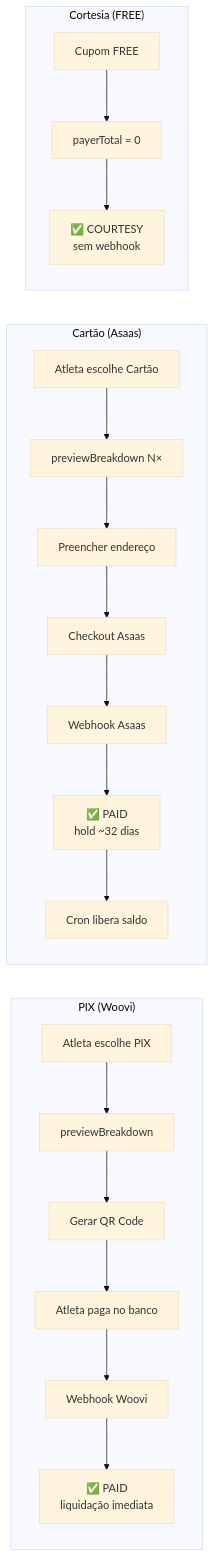
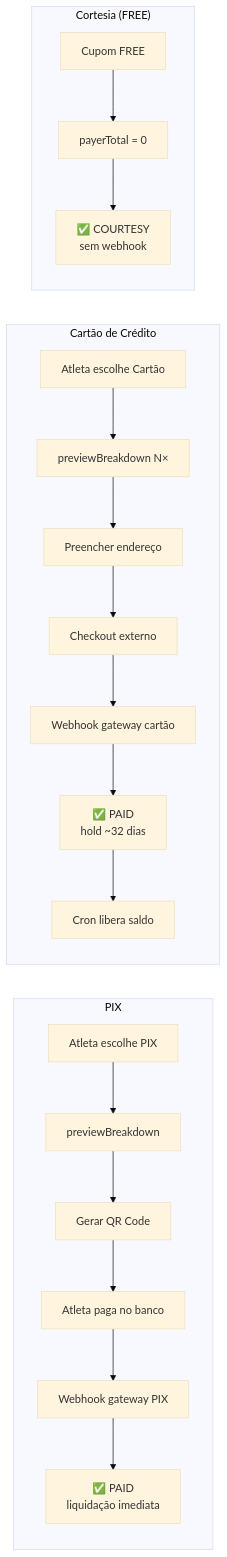
The first of 6 diagrams in sistema/fluxo-pagamento.mdx (israelvcb/passogiro-mintlify-docs), drawn with Mermaid (base theme) before and after one commit. The commit also changed other lines of this file and 7 other files, not shown here.

````diff
--- a/sistema/fluxo-pagamento.mdx
+++ b/sistema/fluxo-pagamento.mdx
@@ -12,22 +12,22 @@
 ```mermaid
 flowchart LR
-  subgraph PIX ["PIX (Woovi)"]
+  subgraph PIX ["PIX"]
     P1[Atleta escolhe PIX] --> P2[previewBreakdown]
     P2 --> P3[Gerar QR Code]
     P3 --> P4[Atleta paga no banco]
-    P4 --> P5[Webhook Woovi]
+    P4 --> P5[Webhook gateway PIX]
     P5 --> P6[✅ PAID\nliquidação imediata]
   end
-  subgraph CARD ["Cartão (Asaas)"]
+  subgraph CARD ["Cartão de Crédito"]
     C1[Atleta escolhe Cartão] --> C2[previewBreakdown N×]
     C2 --> C3[Preencher endereço]
-    C3 --> C4[Checkout Asaas]
-    C4 --> C5[Webhook Asaas]
+    C3 --> C4[Checkout externo]
+    C4 --> C5[Webhook gateway cartão]
     C5 --> C6[✅ PAID\nhold ~32 dias]
     C6 --> C7[Cron libera saldo]
   end
   subgraph FREE ["Cortesia (FREE)"]
     F1[Cupom FREE] --> F2[payerTotal = 0]
     F2 --> F3[✅ COURTESY\nsem webhook]
   end
 ```
````
